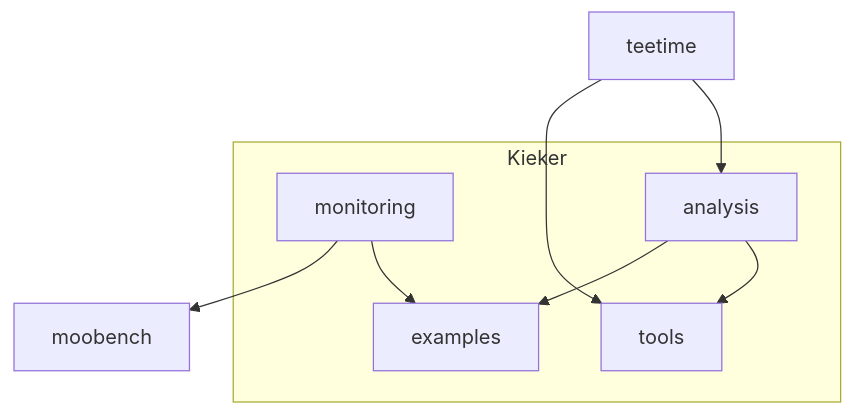
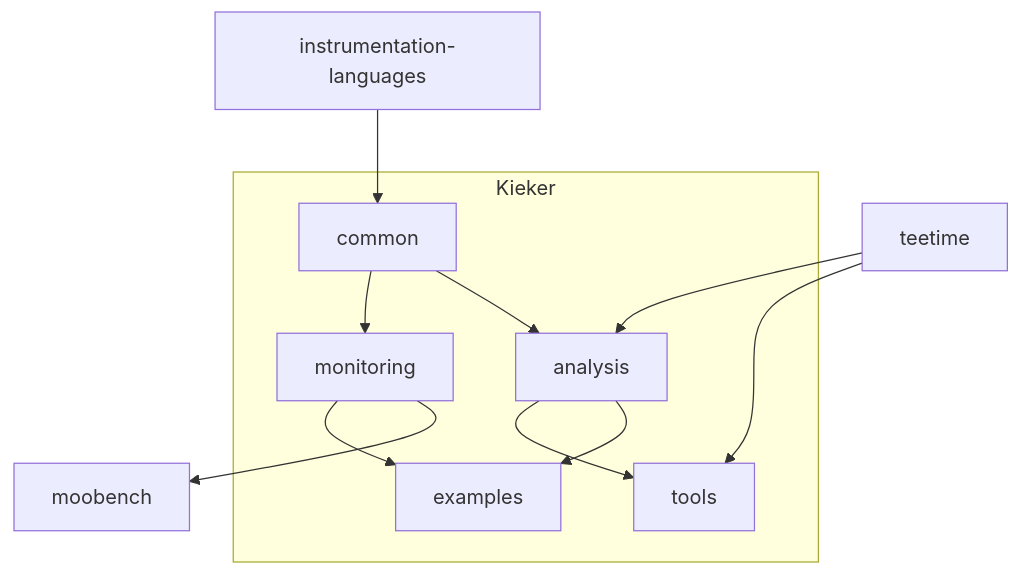
Before and after one commit to kieker-monitoring/.github: the diagram in profile/README.md, drawn with Mermaid.

Commit message:
Add instrumentation-languages

````diff
--- a/profile/README.md
+++ b/profile/README.md
@@ -10,12 +10,15 @@
 ```mermaid
 
 flowchart TB
     subgraph Kieker
+    common-->monitoring
+    common-->analysis
     monitoring-->examples
     analysis-->tools
     analysis-->examples
     end
+    instrumentation-languages-->common
     teetime-->analysis
     teetime-->tools
     monitoring-->moobench
 ```
````
